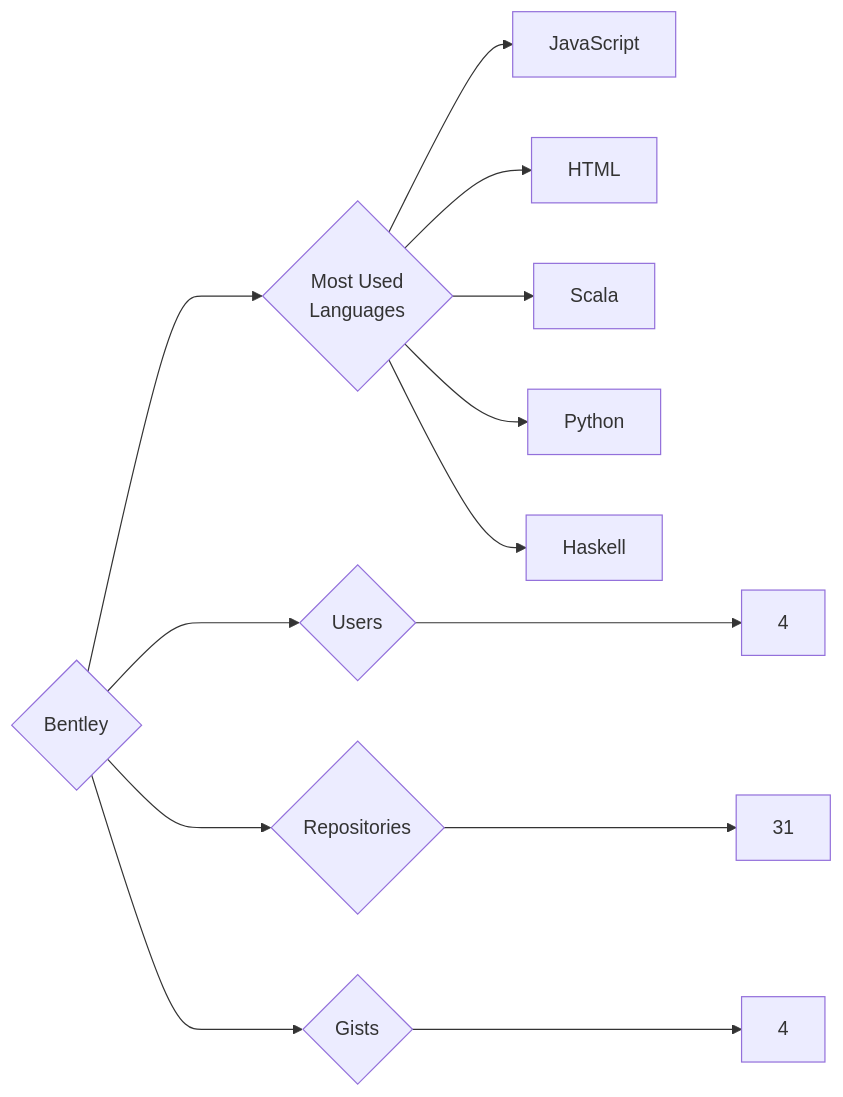
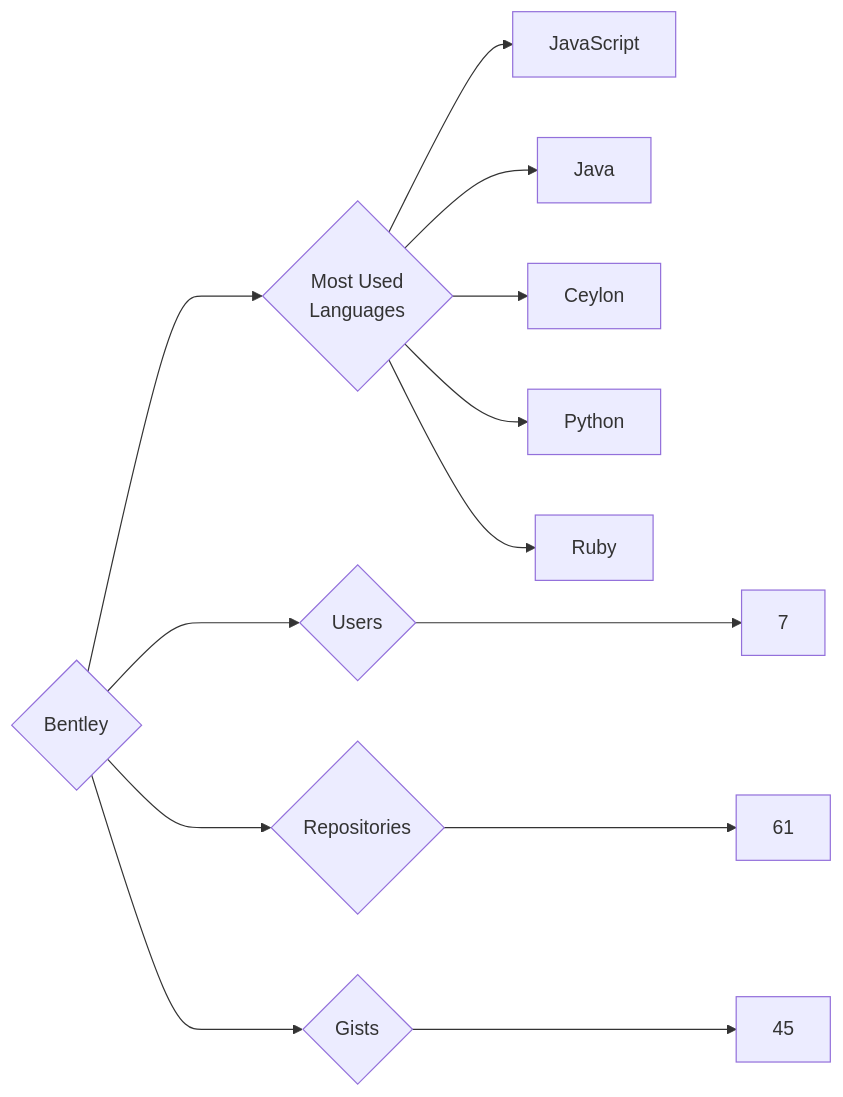
The diagram in targets/Bentley/README.md (trickest/insiders), drawn with Mermaid before and after one commit. The commit also changed 1003 other files, not shown here.

````diff
--- a/targets/Bentley/README.md
+++ b/targets/Bentley/README.md
@@ -3,13 +3,13 @@
 ```mermaid
 graph LR
 COMPANY_NAME{Bentley}
-COMPANY_NAME ---> U{Users} ---> UN[4]
-COMPANY_NAME ---> R{Repositories} ---> RN[31]
-COMPANY_NAME ---> G{Gists} ---> GN[4]
+COMPANY_NAME ---> U{Users} ---> UN[7]
+COMPANY_NAME ---> R{Repositories} ---> RN[61]
+COMPANY_NAME ---> G{Gists} ---> GN[45]
 COMPANY_NAME ---> ML{Most Used<br>Languages}
 ML --> JavaScript[JavaScript]
-ML --> HTML[HTML]
-ML --> Scala[Scala]
+ML --> Java[Java]
+ML --> Ceylon[Ceylon]
 ML --> Python[Python]
-ML --> Haskell[Haskell]
+ML --> Ruby[Ruby]
 ```
````
